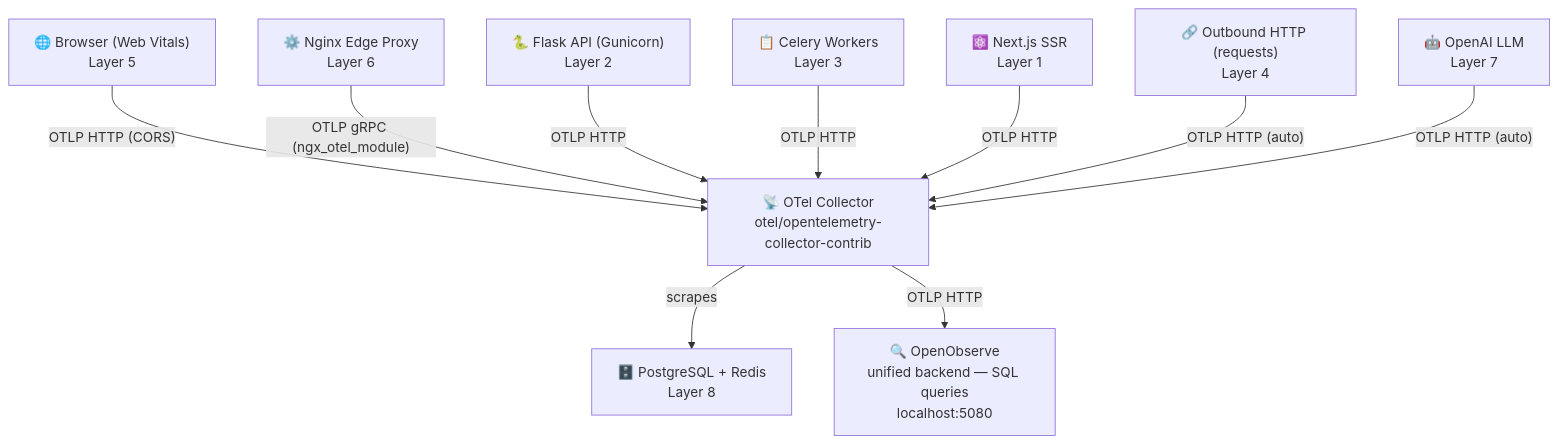
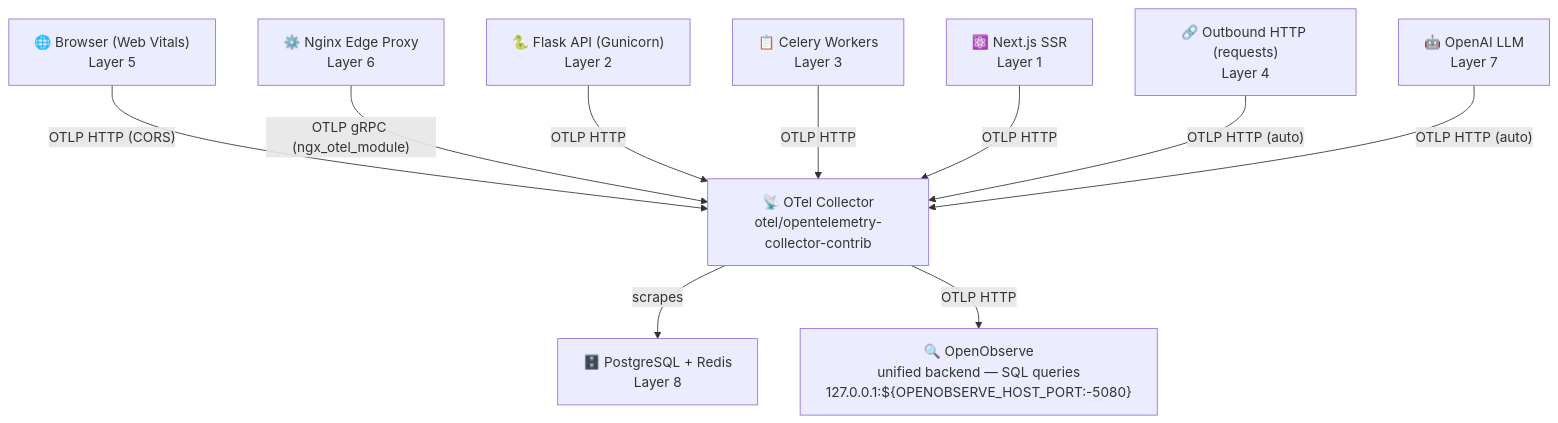
One commit to sebastiankruk/iqoqo changed the diagram in docs/MONITORING.md. Above: the diagram before and after it, drawn with Mermaid. The commit also changed other lines of this file and 1281 other files, not shown here.

````diff
--- a/docs/MONITORING.md
+++ b/docs/MONITORING.md
@@ -10,25 +10,25 @@
 ```mermaid
 graph TD
     B["🌐 Browser (Web Vitals)<br/>Layer 5"]
     N["⚙️ Nginx Edge Proxy<br/>Layer 6"]
     F["🐍 Flask API (Gunicorn)<br/>Layer 2"]
     C["📋 Celery Workers<br/>Layer 3"]
     NX["⚛️ Next.js SSR<br/>Layer 1"]
     H["🔗 Outbound HTTP (requests)<br/>Layer 4"]
     LLM["🤖 OpenAI LLM<br/>Layer 7"]
     DB["🗄️ PostgreSQL + Redis<br/>Layer 8"]
 
     B -->|"OTLP HTTP (CORS)"| COL
     N -->|"OTLP gRPC (ngx_otel_module)"| COL
     F -->|"OTLP HTTP"| COL
     C -->|"OTLP HTTP"| COL
     NX -->|"OTLP HTTP"| COL
     H -->|"OTLP HTTP (auto)"| COL
     LLM -->|"OTLP HTTP (auto)"| COL
     COL -->|"scrapes"| DB
 
     COL["📡 OTel Collector<br/>otel/opentelemetry-collector-contrib"]
     COL -->|"OTLP HTTP"| OO
 
-    OO["🔍 OpenObserve<br/>unified backend — SQL queries<br/>localhost:5080"]
+    OO["🔍 OpenObserve<br/>unified backend — SQL queries<br/>127.0.0.1:${OPENOBSERVE_HOST_PORT:-5080}"]
 ```
````
